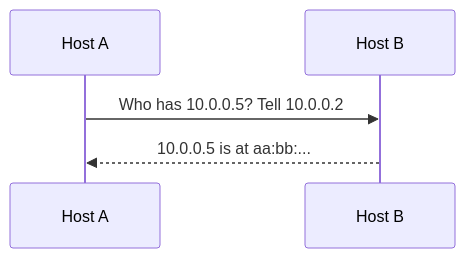
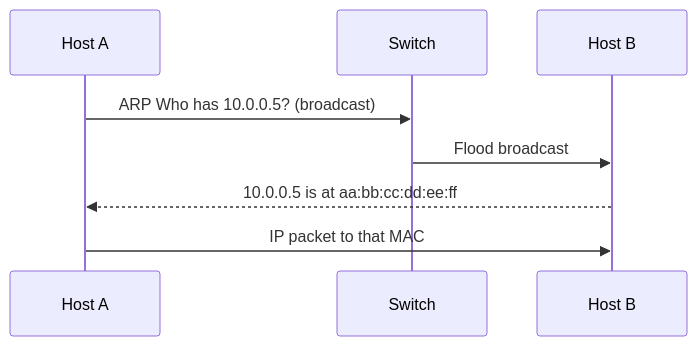
The third of 36 diagrams in learning/11-protocols-reference.md (omnayak27199/pktana), drawn with Mermaid before and after one commit. The commit also changed other lines of this file and 14 other files, not shown here.

````diff
--- a/learning/11-protocols-reference.md
+++ b/learning/11-protocols-reference.md
@@ -68,7 +288,10 @@
 ```mermaid
 sequenceDiagram
   participant A as Host A
+  participant Sw as Switch
   participant B as Host B
-  A->>B: Who has 10.0.0.5? Tell 10.0.0.2
-  B-->>A: 10.0.0.5 is at aa:bb:...
+  A->>Sw: ARP Who has 10.0.0.5? (broadcast)
+  Sw->>B: Flood broadcast
+  B-->>A: 10.0.0.5 is at aa:bb:cc:dd:ee:ff
+  A->>B: IP packet to that MAC
 ```
````
